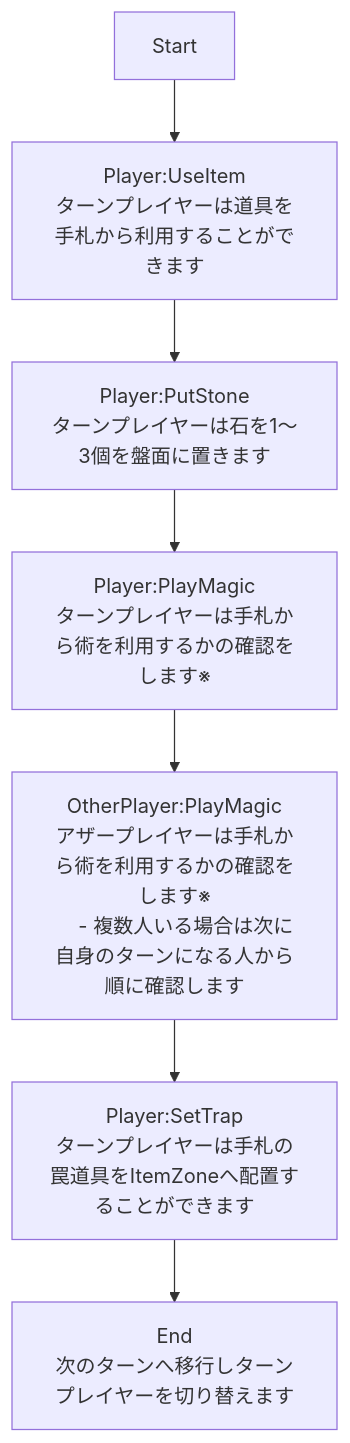
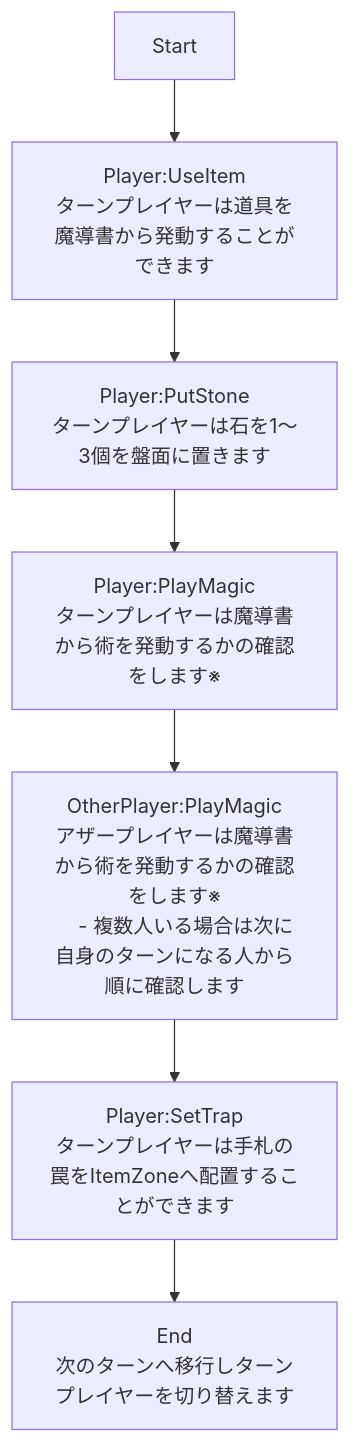
One commit to Chronoss0518/SpinnerOfTherNightSky changed the first of 2 diagrams in README.md. Above: the diagram before and after it, drawn with Mermaid. The commit also changed other lines of this file, not shown here.

````diff
--- a/README.md
+++ b/README.md
@@ -153,29 +153,29 @@
 ``` mermaid
 graph TD;
 
 Player[Player:PlayMagic
-ターンプレイヤーは手札から術を利用するかの確認をします※]
+ターンプレイヤーは魔導書から術を発動するかの確認をします※]
 OtherPlayer[OtherPlayer:PlayMagic
-アザープレイヤーは手札から術を利用するかの確認をします※
+アザープレイヤーは魔導書から術を発動するかの確認をします※
     - 複数人いる場合は次に自身のターンになる人から順に確認します]
 
 Player:UseItem[Player:UseItem
-ターンプレイヤーは道具を手札から利用することができます]
+ターンプレイヤーは道具を魔導書から発動することができます]
 
 Player:PutStone[Player:PutStone
 ターンプレイヤーは石を1～3個を盤面に置きます]
 
 Player:SetTrap[Player:SetTrap
-ターンプレイヤーは手札の罠道具をItemZoneへ配置することができます]
+ターンプレイヤーは手札の罠をItemZoneへ配置することができます]
 
 End[End
 次のターンへ移行しターンプレイヤーを切り替えます]
 
 Start-->Player:UseItem
 Player:UseItem-->Player:PutStone
 Player:PutStone-->Player
 Player-->OtherPlayer
 OtherPlayer-->Player:SetTrap
 Player:SetTrap-->End
 
 ```
````
